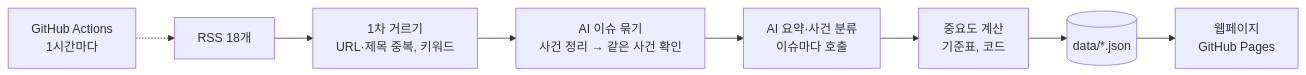
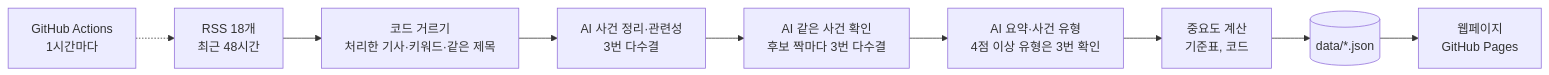
Before and after one commit to smyz1203/semicon-news-agent: the diagram in README.md, drawn with Mermaid. The commit also changed other lines of this file, not shown here.

````diff
--- a/README.md
+++ b/README.md
@@ -24,10 +24,11 @@
 ```mermaid
 flowchart LR
-    A[RSS 18개] --> B[1차 거르기<br/>URL·제목 중복, 키워드]
-    B --> C[AI 이슈 묶기<br/>사건 정리 → 같은 사건 확인]
-    C --> D[AI 요약·사건 분류<br/>이슈마다 호출]
-    D --> S[중요도 계산<br/>기준표, 코드]
-    S --> E[(data/*.json)]
-    E --> F[웹페이지<br/>GitHub Pages]
     G[GitHub Actions<br/>1시간마다] -.-> A
+    A[RSS 18개<br/>최근 48시간] --> B[코드 거르기<br/>처리한 기사·키워드·같은 제목]
+    B --> C[AI 사건 정리·관련성<br/>3번 다수결]
+    C --> D[AI 같은 사건 확인<br/>후보 짝마다 3번 다수결]
+    D --> E[AI 요약·사건 유형<br/>4점 이상 유형은 3번 확인]
+    E --> S[중요도 계산<br/>기준표, 코드]
+    S --> F[(data/*.json)]
+    F --> P[웹페이지<br/>GitHub Pages]
 ```
````
